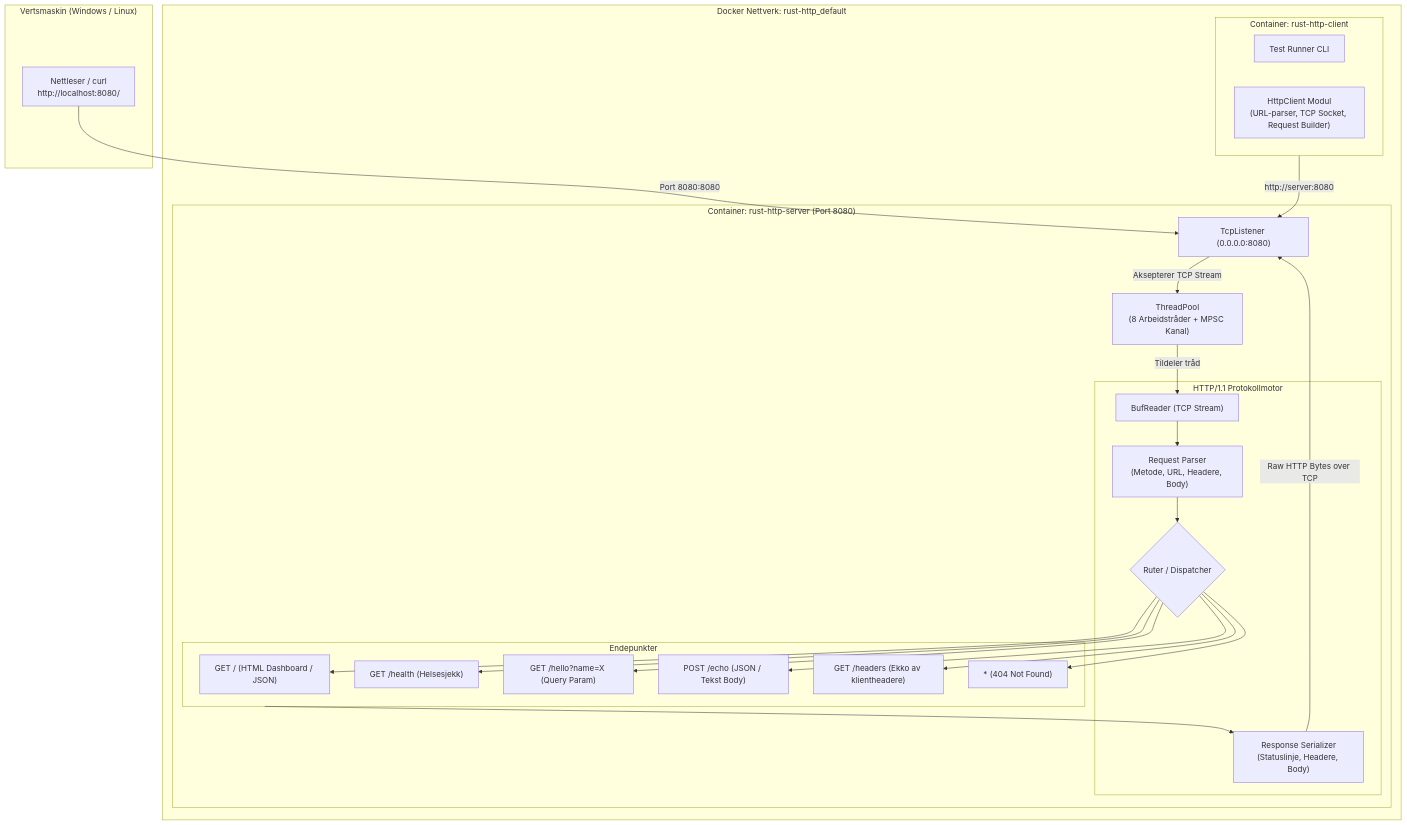
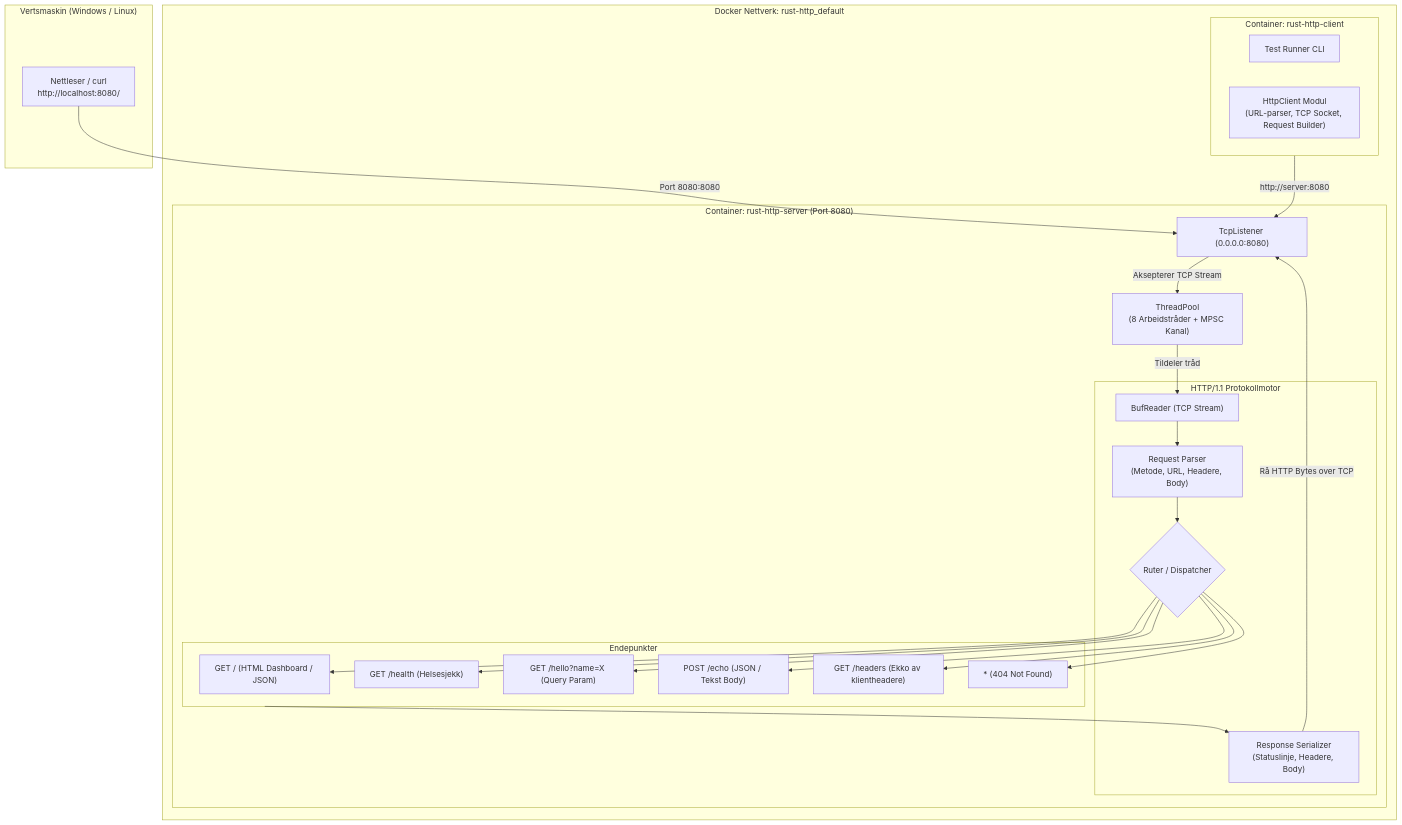
One commit to roblar658/http-server-rust changed the first of 4 diagrams in README.md. Above: the diagram before and after it, drawn with Mermaid. The commit also changed other lines of this file, not shown here.

Commit message:
Fiks Mermaid syntaksfeil i sekvensdiagram og klassediagram

````diff
--- a/README.md
+++ b/README.md
@@ -13,49 +13,49 @@
 ```mermaid
 flowchart TB
     subgraph Host["Vertsmaskin (Windows / Linux)"]
-        Browser["Nettleser / curl\nhttp://localhost:8080/"]
+        Browser["Nettleser / curl<br/>http://localhost:8080/"]
     end
 
     subgraph DockerNet["Docker Nettverk: rust-http_default"]
         subgraph ServerContainer["Container: rust-http-server (Port 8080)"]
             Listener["TcpListener (0.0.0.0:8080)"]
-            Pool["ThreadPool\n(8 Arbeidstråder + MPSC Kanal)"]
+            Pool["ThreadPool<br/>(8 Arbeidstråder + MPSC Kanal)"]
             
             subgraph HttpPipeline["HTTP/1.1 Protokollmotor"]
                 Reader["BufReader (TCP Stream)"]
-                Parser["Request Parser\n(Metode, URL, Headere, Body)"]
+                Parser["Request Parser<br/>(Metode, URL, Headere, Body)"]
                 Router{"Ruter / Dispatcher"}
-                Serializer["Response Serializer\n(Statuslinje, Headere, Body)"]
+                Serializer["Response Serializer<br/>(Statuslinje, Headere, Body)"]
             end
             
             subgraph Routes["Endepunkter"]
                 R1["GET / (HTML Dashboard / JSON)"]
                 R2["GET /health (Helsesjekk)"]
                 R3["GET /hello?name=X (Query Param)"]
                 R4["POST /echo (JSON / Tekst Body)"]
                 R5["GET /headers (Ekko av klientheadere)"]
                 R6["* (404 Not Found)"]
             end
         end
 
         subgraph ClientContainer["Container: rust-http-client"]
             ClientRunner["Test Runner CLI"]
-            HttpClientModule["HttpClient Modul\n(URL-parser, TCP Socket, Request Builder)"]
+            HttpClientModule["HttpClient Modul<br/>(URL-parser, TCP Socket, Request Builder)"]
         end
     end
 
     Browser -->|Port 8080:8080| Listener
     ClientContainer -->|http://server:8080| Listener
     Listener -->|Aksepterer TCP Stream| Pool
     Pool -->|Tildeler tråd| Reader
     Reader --> Parser
     Parser --> Router
     Router --> R1
     Router --> R2
     Router --> R3
     Router --> R4
     Router --> R5
     Router --> R6
     Routes --> Serializer
-    Serializer -->|Raw HTTP Bytes over TCP| Listener
+    Serializer -->|Rå HTTP Bytes over TCP| Listener
 ```
````
